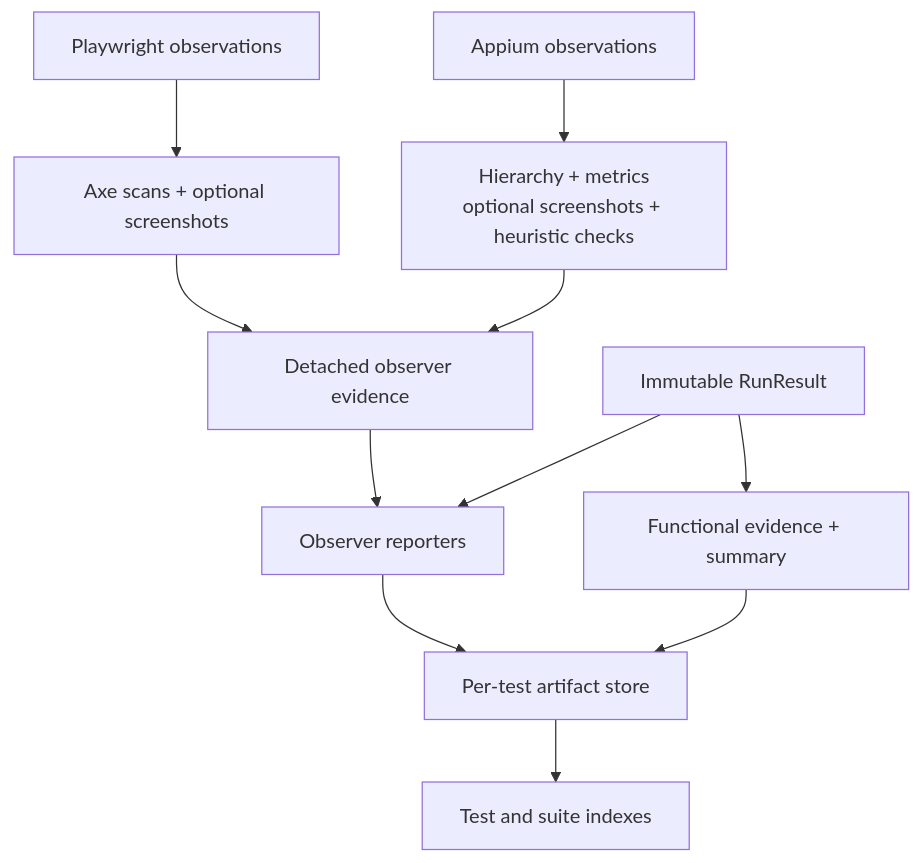
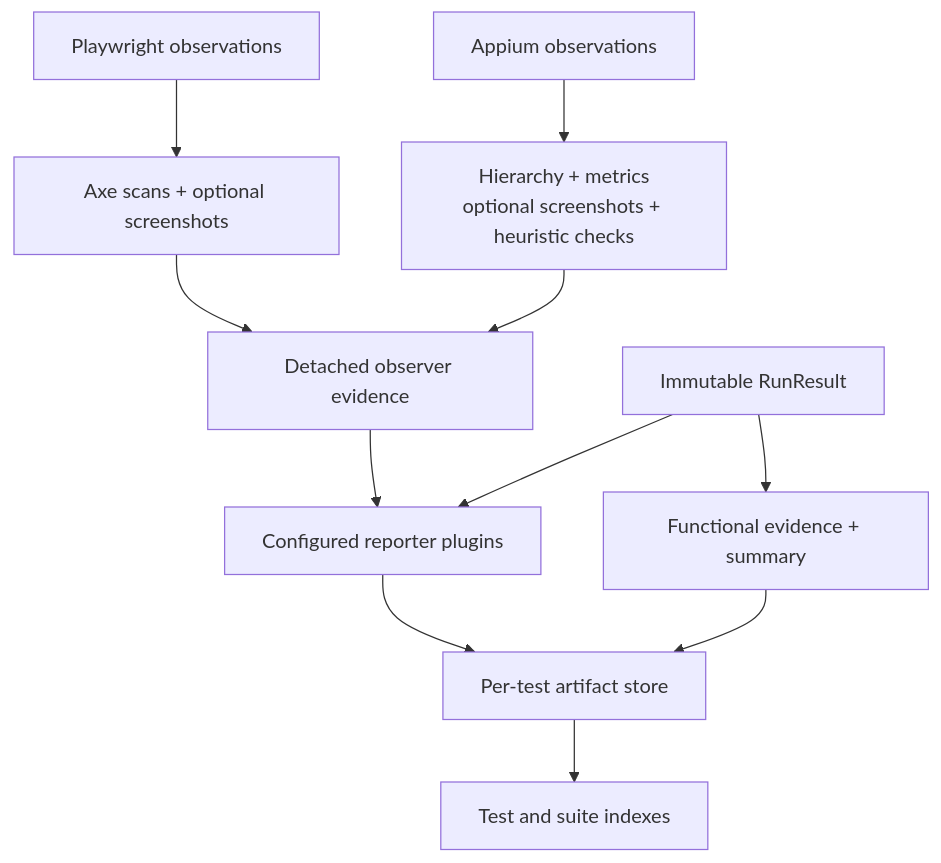
The fifth of 5 diagrams in examples/nextcloud-filesharing/README.md (openuji/journey-mesh), drawn with Mermaid before and after one commit. The commit also changed other lines of this file and 209 other files, not shown here.

````diff
--- a/examples/nextcloud-filesharing/README.md
+++ b/examples/nextcloud-filesharing/README.md
@@ -314,13 +316,13 @@
 ```mermaid
 flowchart TB
   web["Playwright observations"] --> axe["Axe scans + optional screenshots"]
   native["Appium observations"] --> android["Hierarchy + metrics<br/>optional screenshots + heuristic checks"]
   axe --> journals["Detached observer evidence"]
   android --> journals
-  journals --> reporting["Observer reporters"]
+  journals --> reporting["Configured reporter plugins"]
   result["Immutable RunResult"] --> reporting
   result --> base["Functional evidence + summary"]
   reporting --> artifacts["Per-test artifact store"]
   base --> artifacts
   artifacts --> indexes["Test and suite indexes"]
 ```
````
